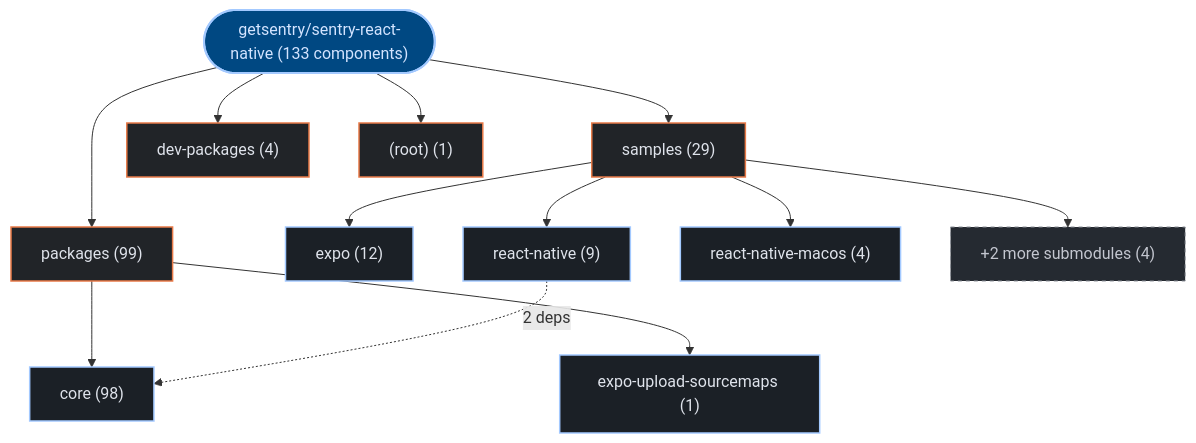
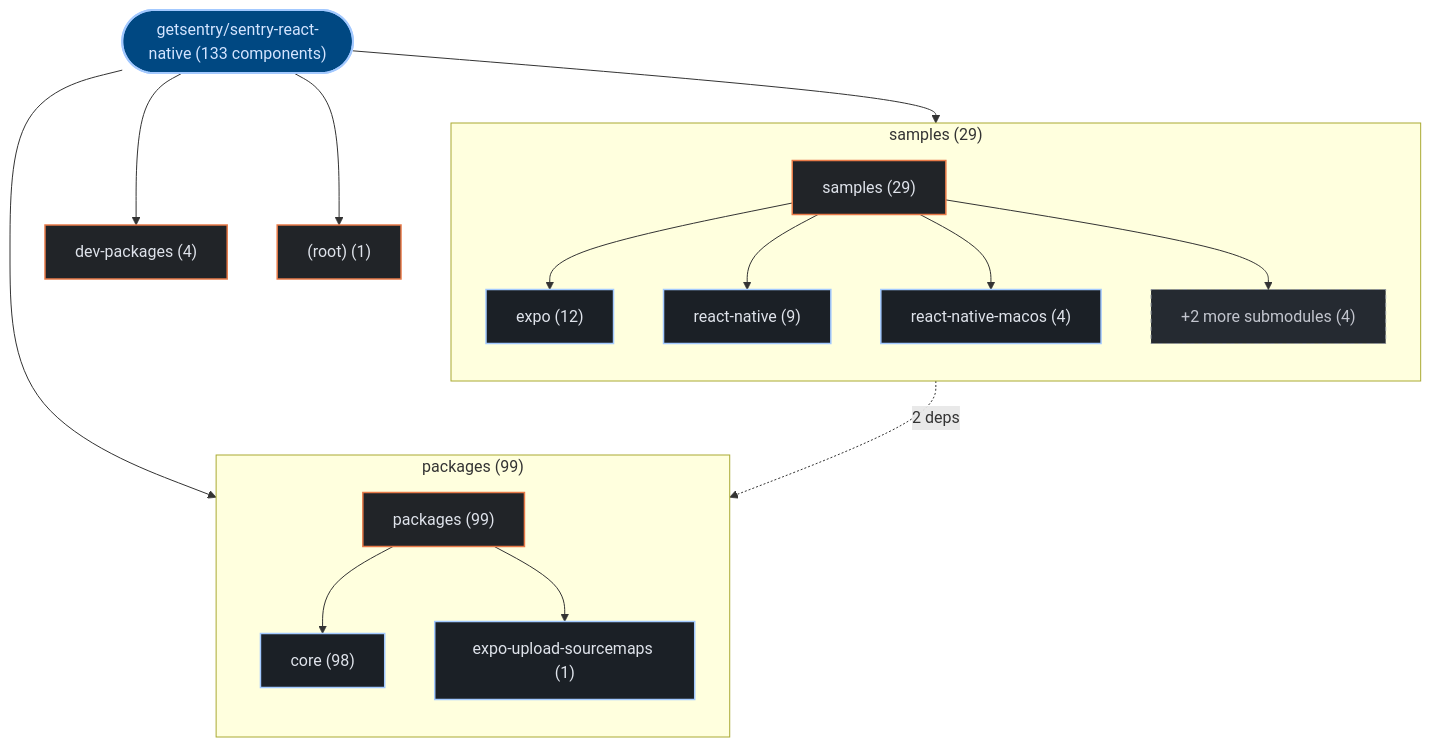
One commit to kumarshaz/atruss-code-atlas changed the first of 3 diagrams in exports/latest/reports/getsentry-sentry-react-native-report.md. Above: the diagram before and after it, drawn with Mermaid. The commit also changed 178 other files, not shown here.

Commit message:
feat(ui,mermaid): upgrade to mermaid v12 + ELK layout, add orgs-summary + pagination, subgraph building blocks, fix tab alignment

````diff
--- a/exports/latest/reports/getsentry-sentry-react-native-report.md
+++ b/exports/latest/reports/getsentry-sentry-react-native-report.md
@@ -42,32 +42,38 @@
 ```mermaid
 graph TD;
   classDef atlasRoot fill:#004882,stroke:#a3c9ff,stroke-width:2px,color:#d3e4ff
   classDef atlasCategory fill:#212428,stroke:#E87A48,stroke-width:1.5px,color:#dfe3eb
   classDef atlasWorkflow fill:#1b2026,stroke:#a3c9ff,stroke-width:1.5px,color:#dfe3eb
   classDef atlasJob fill:#171c22,stroke:#8d9199,stroke-width:1px,color:#dfe3eb
   classDef atlasTarget fill:#005227,stroke:#8bd99b,stroke-width:1.5px,color:#a7f6b6
   classDef atlasAlert fill:#93000a,stroke:#ffb4ab,stroke-width:1.5px,color:#ffdad6
   classDef atlasMore fill:#252a31,stroke:#8d9199,stroke-dasharray:4 4,color:#c3c6cf
     repo_root(["getsentry/sentry-react-native (133 components)"]):::atlasRoot
-    dir_0_packages["packages (99)"]:::atlasCategory
+    subgraph sg_dir_0_packages["packages (99)"]
+      direction TB
+      dir_0_packages["packages (99)"]:::atlasCategory
+      sub_0_0_core["core (98)"]:::atlasWorkflow
+      dir_0_packages --> sub_0_0_core
+      sub_0_1_expo_upload_sourcemaps["expo-upload-sourcemaps (1)"]:::atlasWorkflow
+      dir_0_packages --> sub_0_1_expo_upload_sourcemaps
+    end
     repo_root --> dir_0_packages
-    sub_0_0_core["core (98)"]:::atlasWorkflow
-    dir_0_packages --> sub_0_0_core
-    sub_0_1_expo_upload_sourcemaps["expo-upload-sourcemaps (1)"]:::atlasWorkflow
-    dir_0_packages --> sub_0_1_expo_upload_sourcemaps
-    dir_1_samples["samples (29)"]:::atlasCategory
+    subgraph sg_dir_1_samples["samples (29)"]
+      direction TB
+      dir_1_samples["samples (29)"]:::atlasCategory
+      sub_1_0_expo["expo (12)"]:::atlasWorkflow
+      dir_1_samples --> sub_1_0_expo
+      sub_1_1_react_native["react-native (9)"]:::atlasWorkflow
+      dir_1_samples --> sub_1_1_react_native
+      sub_1_2_react_native_macos["react-native-macos (4)"]:::atlasWorkflow
+      dir_1_samples --> sub_1_2_react_native_macos
+      sub_1_more["+2 more submodules (4)"]:::atlasMore
+      dir_1_samples --> sub_1_more
+    end
     repo_root --> dir_1_samples
-    sub_1_0_expo["expo (12)"]:::atlasWorkflow
-    dir_1_samples --> sub_1_0_expo
-    sub_1_1_react_native["react-native (9)"]:::atlasWorkflow
-    dir_1_samples --> sub_1_1_react_native
-    sub_1_2_react_native_macos["react-native-macos (4)"]:::atlasWorkflow
-    dir_1_samples --> sub_1_2_react_native_macos
-    sub_1_more["+2 more submodules (4)"]:::atlasMore
-    dir_1_samples --> sub_1_more
     dir_2_dev_packages["dev-packages (4)"]:::atlasCategory
     repo_root --> dir_2_dev_packages
     dir_3__root_["(root) (1)"]:::atlasCategory
     repo_root --> dir_3__root_
     sub_1_1_react_native -.->|"2 deps"| sub_0_0_core
 ```
````
